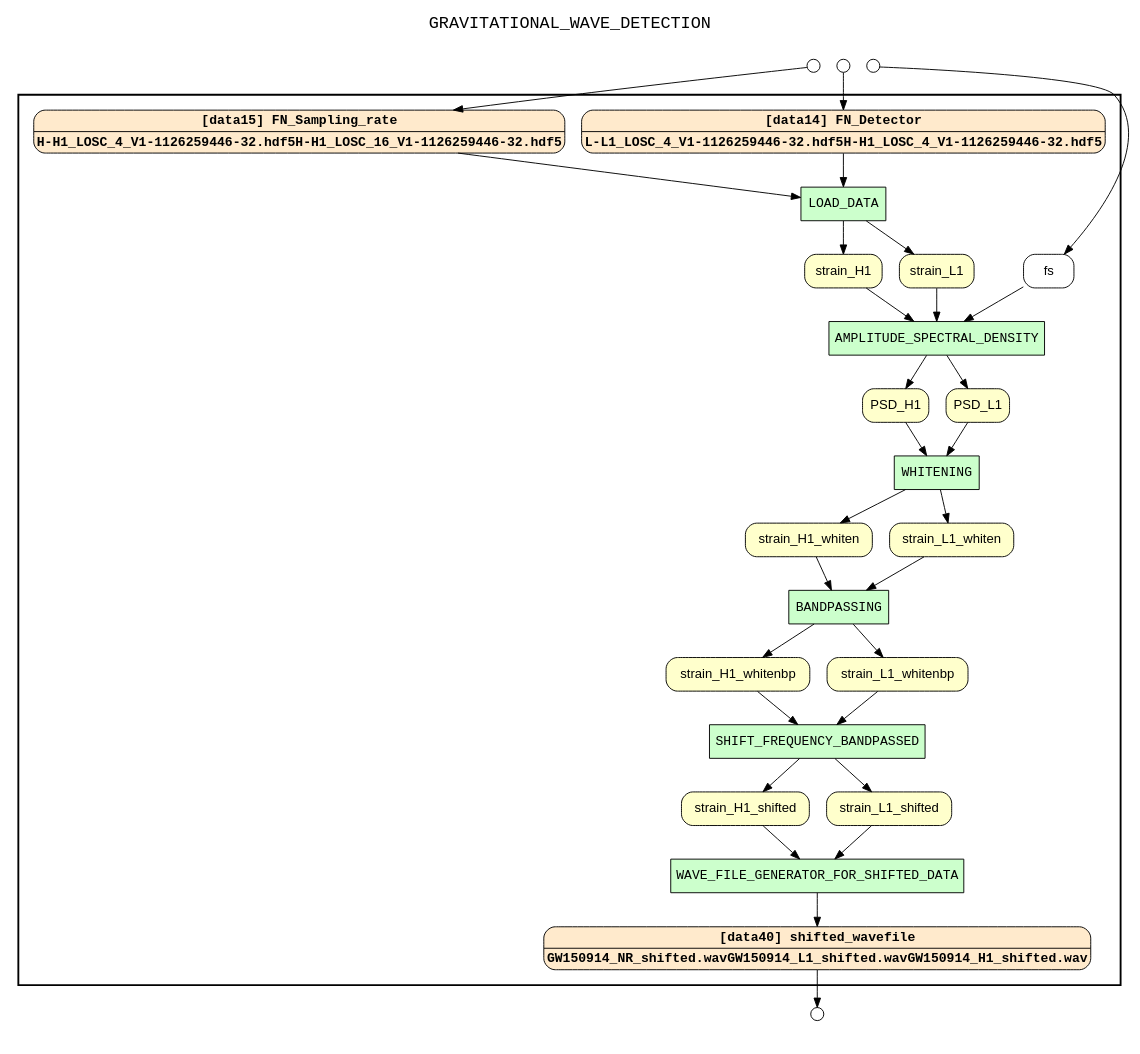
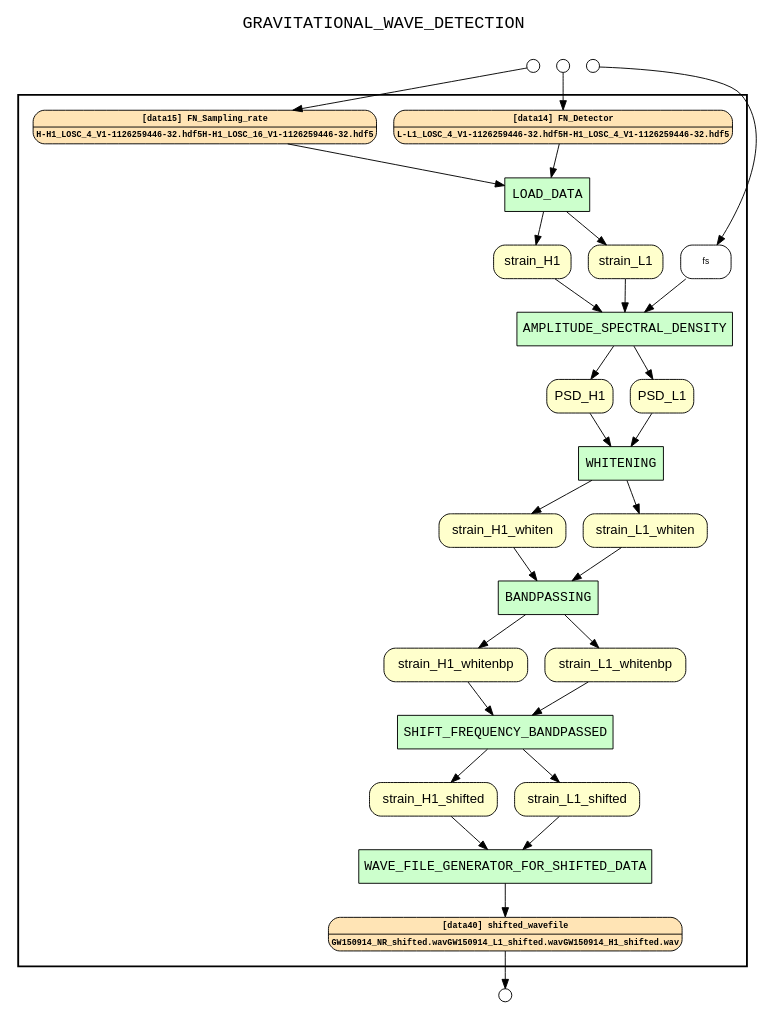
The diagram in examples/LIGO/results/wf_recon_upstream_of_shifted_wavefile.gv (idaks/dataone-ahm-2016-poster), drawn with Graphviz before and after one commit. The commit also changed 29 other files, not shown here.

```diff
--- a/examples/LIGO/results/wf_recon_upstream_of_shifted_wavefile.gv
+++ b/examples/LIGO/results/wf_recon_upstream_of_shifted_wavefile.gv
@@ -1,82 +1,82 @@
 
 digraph yw_data_view {
 rankdir=TB
 fontname=Courier; fontsize=18; labelloc=t
 label="GRAVITATIONAL_WAVE_DETECTION"
 subgraph cluster_workflow { label=""; color=black; penwidth=2
 subgraph cluster_workflow_inner { label=""; color=white
 node[shape=box style="filled" fillcolor="#CCFFCC" peripheries=1 fontname=Courier]
 SHIFT_FREQUENCY_BANDPASSED
 BANDPASSING
 WHITENING
 AMPLITUDE_SPECTRAL_DENSITY
 LOAD_DATA
 WAVE_FILE_GENERATOR_FOR_SHIFTED_DATA
 node[shape=box style="filled" fillcolor="#CCFFCC" peripheries=1 fontname=Courier]
 node[shape=box style="rounded,filled" fillcolor="#FFFFCC" peripheries=1 fontname=Helvetica]
 strain_H1
 strain_L1
 PSD_H1
 PSD_L1
 strain_H1_whiten
 strain_L1_whiten
 strain_H1_whitenbp
 strain_L1_whitenbp
 strain_H1_shifted
 strain_L1_shifted
-node[shape=box style="rounded,filled" fillcolor="#FFEACC" peripheries=1 fontname="Courier-Bold"]
+node[shape=box style="rounded,filled" fillcolor="#FFE4B5" peripheries=1 fontname="Courier-Bold" fontsize=9]
 FN_Detector[shape=record rankdir=LR label="{<f0> [data14] FN_Detector |<f1>L-L1_LOSC_4_V1-1126259446-32.hdf5
 H-H1_LOSC_4_V1-1126259446-32.hdf5
 }"]
 FN_Sampling_rate[shape=record rankdir=LR label="{<f0> [data15] FN_Sampling_rate |<f1>H-H1_LOSC_4_V1-1126259446-32.hdf5
 H-H1_LOSC_16_V1-1126259446-32.hdf5
 }"]
-node[shape=box style="rounded,filled" fillcolor="#FFEACC" peripheries=1 fontname="Courier-Bold"]
+node[shape=box style="rounded,filled" fillcolor="#FFE4B5" peripheries=1 fontname="Courier-Bold" fontsize=9]
 shifted_wavefile[shape=record rankdir=LR label="{<f0> [data40] shifted_wavefile |<f1>GW150914_NR_shifted.wav
 GW150914_L1_shifted.wav
 GW150914_H1_shifted.wav
 }"]
 node[shape=box style="rounded,filled" fillcolor="#FFFFFF" peripheries=1 fontname=Helvetica]
 fs
 }}
 subgraph cluster_inflows { label=""; color=white; penwidth=2
 subgraph cluster_inflows_inner { label=""; color=white
 node[shape=circle fillcolor="#FFFFFF" peripheries=1 width=0.2]
 fs_inflow [label=""]
 FN_Detector_inflow [label=""]
 FN_Sampling_rate_inflow [label=""]
 }}
 subgraph cluster_outflows { label=""; color=white; penwidth=2
 subgraph cluster_outflows_inner { label=""; color=white
 node[shape=circle fillcolor="#FFFFFF" peripheries=1 width=0.2]
 shifted_wavefile_outflow [label=""]
 }}
+strain_H1_whiten -> BANDPASSING
+strain_L1 -> AMPLITUDE_SPECTRAL_DENSITY
+strain_L1_whiten -> BANDPASSING
+strain_H1_shifted -> WAVE_FILE_GENERATOR_FOR_SHIFTED_DATA
 strain_H1_whitenbp -> SHIFT_FREQUENCY_BANDPASSED
 strain_L1_shifted -> WAVE_FILE_GENERATOR_FOR_SHIFTED_DATA
 FN_Detector -> LOAD_DATA
 strain_L1_whitenbp -> SHIFT_FREQUENCY_BANDPASSED
 FN_Sampling_rate -> LOAD_DATA
 PSD_H1 -> WHITENING
 PSD_L1 -> WHITENING
 fs -> AMPLITUDE_SPECTRAL_DENSITY
 strain_H1 -> AMPLITUDE_SPECTRAL_DENSITY
-strain_H1_whiten -> BANDPASSING
-strain_L1 -> AMPLITUDE_SPECTRAL_DENSITY
-strain_L1_whiten -> BANDPASSING
-strain_H1_shifted -> WAVE_FILE_GENERATOR_FOR_SHIFTED_DATA
 LOAD_DATA -> strain_H1
 LOAD_DATA -> strain_L1
 AMPLITUDE_SPECTRAL_DENSITY -> PSD_H1
 AMPLITUDE_SPECTRAL_DENSITY -> PSD_L1
 WHITENING -> strain_H1_whiten
 WHITENING -> strain_L1_whiten
 BANDPASSING -> strain_H1_whitenbp
 BANDPASSING -> strain_L1_whitenbp
 SHIFT_FREQUENCY_BANDPASSED -> strain_H1_shifted
 SHIFT_FREQUENCY_BANDPASSED -> strain_L1_shifted
 WAVE_FILE_GENERATOR_FOR_SHIFTED_DATA -> shifted_wavefile
 fs_inflow -> fs
 FN_Detector_inflow -> FN_Detector
 FN_Sampling_rate_inflow -> FN_Sampling_rate
 shifted_wavefile -> shifted_wavefile_outflow
 }
```
